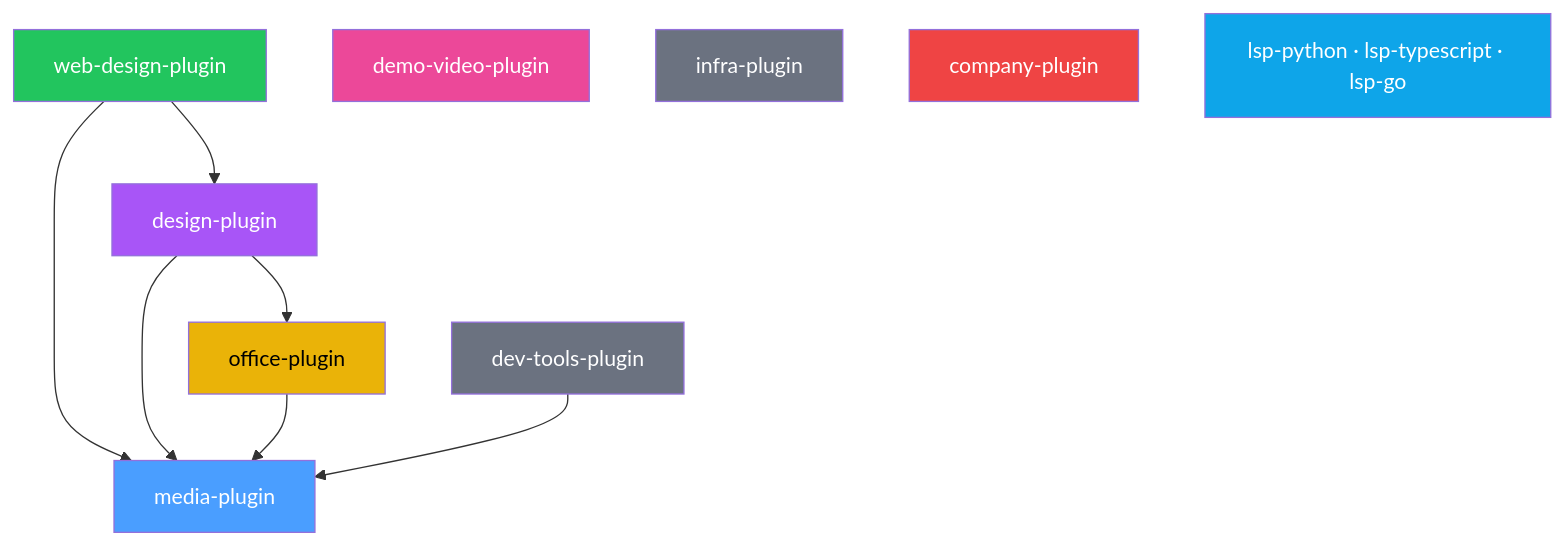
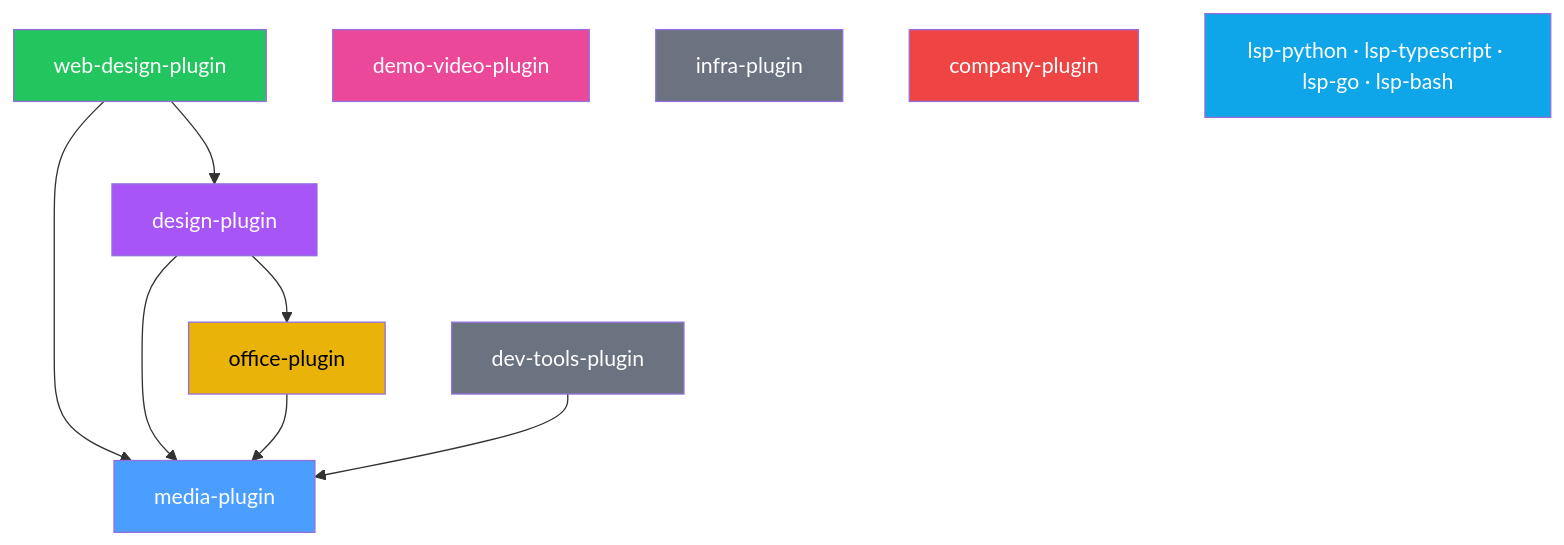
The diagram in README.md (lukaskellerstein/claude-my-marketplace), drawn with Mermaid before and after one commit. The commit also changed other lines of this file and 7 other files, not shown here.

First line of the commit message:
Add lsp-bash plugin for shell script navigation (#5)

````diff
--- a/README.md
+++ b/README.md
@@ -117,23 +121,23 @@
 ```mermaid
 graph TD
     webdesign[web-design-plugin] --> design[design-plugin]
     webdesign --> media[media-plugin]
     design --> media
     design --> office[office-plugin]
     office --> media
     dev[dev-tools-plugin] --> media
     demo[demo-video-plugin]
     infra[infra-plugin]
     company[company-plugin]
-    lsp["lsp-python · lsp-typescript · lsp-go"]
+    lsp["lsp-python · lsp-typescript · lsp-go · lsp-bash"]
 
     style media fill:#4a9eff,color:#fff
     style design fill:#a855f7,color:#fff
     style webdesign fill:#22c55e,color:#fff
     style office fill:#eab308,color:#000
     style demo fill:#ec4899,color:#fff
     style dev fill:#6b7280,color:#fff
     style infra fill:#6b7280,color:#fff
     style company fill:#ef4444,color:#fff
     style lsp fill:#0ea5e9,color:#fff
 ```
````
